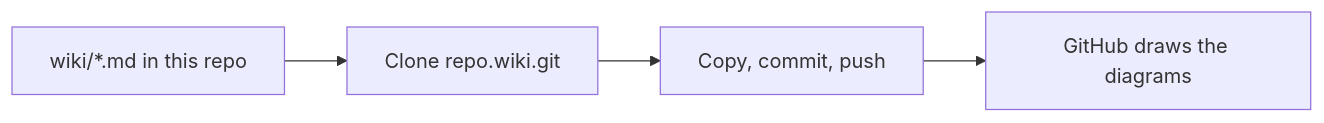
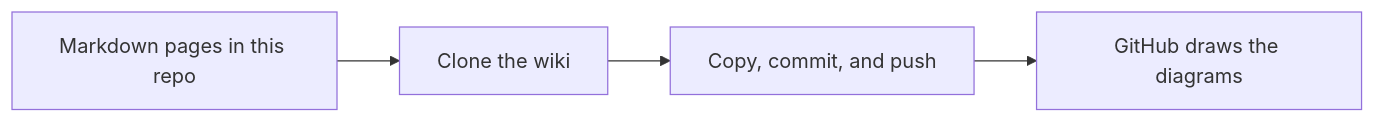
One commit to amyabelsql/DayOfData_Portland_2026 changed the diagram in 03_DocsWikiMermaid/README.md. Above: the diagram before and after it, drawn with Mermaid. The commit also changed other lines of this file and 35 other files, not shown here.

````diff
--- a/03_DocsWikiMermaid/README.md
+++ b/03_DocsWikiMermaid/README.md
@@ -18,4 +44,4 @@
 ```mermaid
 flowchart LR
-    W[wiki/*.md in this repo] --> C[Clone repo.wiki.git] --> P[Copy, commit, push] --> G[GitHub draws the diagrams]
+    W[Markdown pages in this repo] --> C[Clone the wiki] --> P[Copy, commit, and push] --> G[GitHub draws the diagrams]
 ```
````
